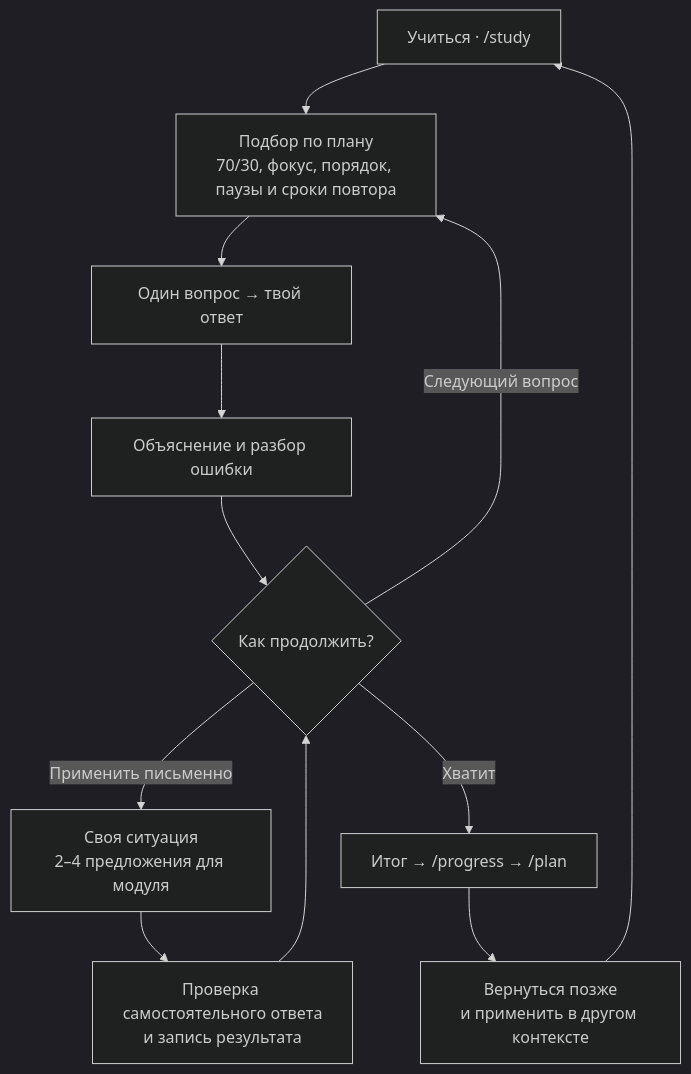
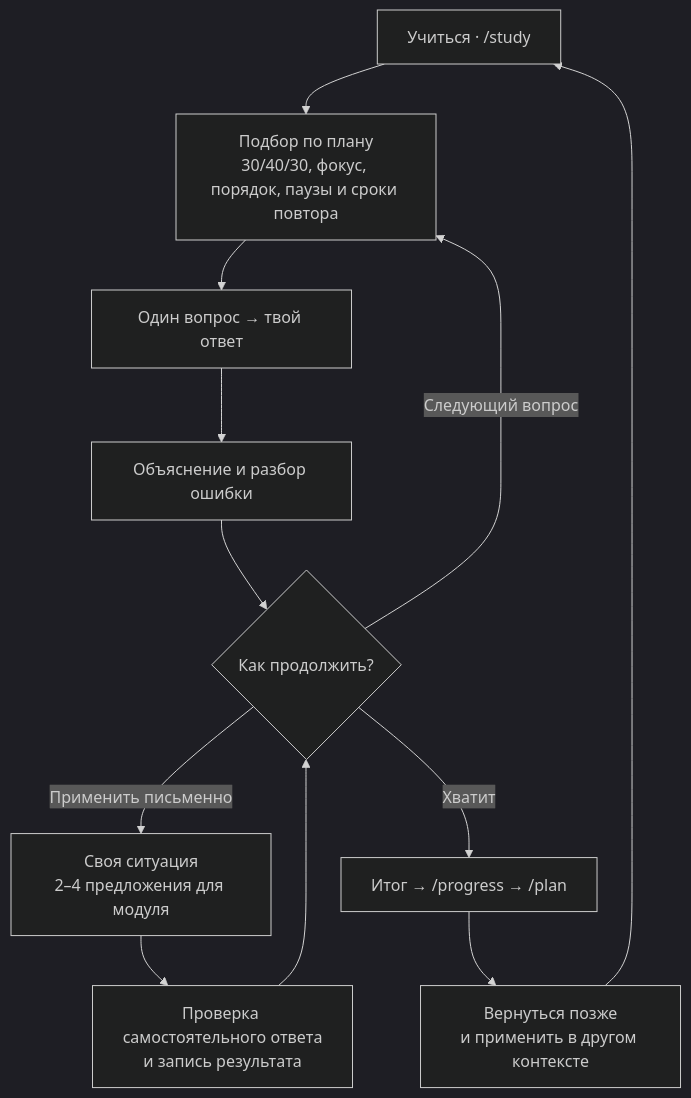
The second of 4 diagrams in docs/curriculum/learning-programme.md (eiler2005/FluentLoop), drawn with Mermaid (dark theme) before and after one commit. The commit also changed other lines of this file and 55 other files, not shown here.

````diff
--- a/docs/curriculum/learning-programme.md
+++ b/docs/curriculum/learning-programme.md
@@ -85,14 +98,14 @@
 ```mermaid
 flowchart TD
-    A["Учиться · /study"] --> B["Подбор по плану<br/>70/30, фокус, порядок, паузы и сроки повтора"]
+    A["Учиться · /study"] --> B["Подбор по плану<br/>30/40/30, фокус, порядок, паузы и сроки повтора"]
     B --> C["Один вопрос → твой ответ"]
     C --> D["Объяснение и разбор ошибки"]
     D --> E{"Как продолжить?"}
     E -->|Следующий вопрос| B
     E -->|Применить письменно| F["Своя ситуация<br/>2–4 предложения для модуля"]
     F --> H["Проверка самостоятельного ответа<br/>и запись результата"]
     H --> E
     E -->|Хватит| I["Итог → /progress → /plan"]
     I --> J["Вернуться позже<br/>и применить в другом контексте"]
     J --> A
 ```
````
